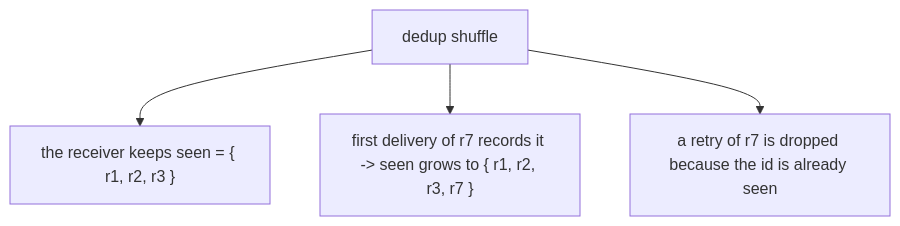
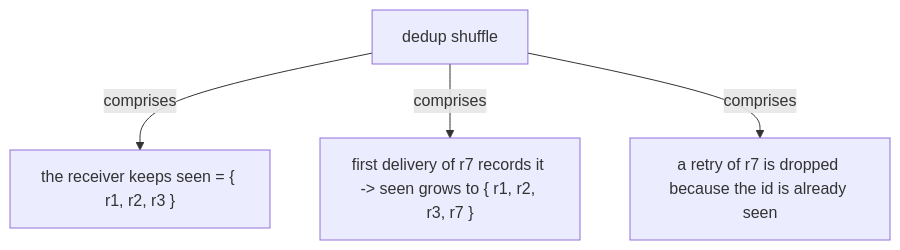
The fifth of 19 diagrams in docs/ch05-exactly-once-and-side-effects.md (vinayakuber/streaming-systems-study-guide), drawn with Mermaid before and after one commit. The commit also changed other lines of this file and 22 other files, not shown here.

First line of the commit message:
R18: label every diagram arrow with its meaning

````diff
--- a/docs/ch05-exactly-once-and-side-effects.md
+++ b/docs/ch05-exactly-once-and-side-effects.md
@@ -163,7 +163,7 @@
 ```mermaid
 flowchart TD
   R["dedup shuffle"]
-  R --> P0["the receiver keeps seen = { r1, r2, r3 }"]
-  R --> P1["first delivery of r7 records it -&gt; seen grows to { r1, r2, r3, r7 }"]
-  R --> P2["a retry of r7 is dropped because the id is already seen"]
+  R -->|"comprises"| P0["the receiver keeps seen = { r1, r2, r3 }"]
+  R -->|"comprises"| P1["first delivery of r7 records it -&gt; seen grows to { r1, r2, r3, r7 }"]
+  R -->|"comprises"| P2["a retry of r7 is dropped because the id is already seen"]
 ```
````
